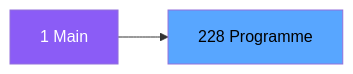
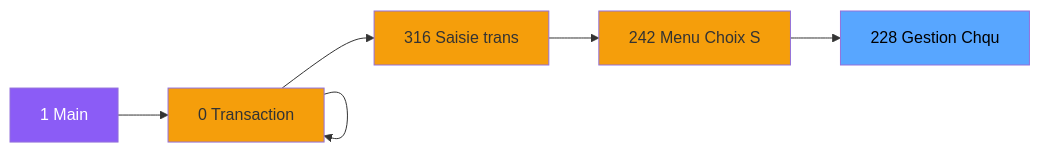
One commit to thonyAGP/magic-migration changed the second of 3 diagrams in .openspec/specs/ADH-IDE-228.md. Above: the diagram before and after it, drawn with Mermaid. The commit also changed other lines of this file and 323 other files, not shown here.

````diff
--- a/.openspec/specs/ADH-IDE-228.md
+++ b/.openspec/specs/ADH-IDE-228.md
@@ -98,8 +105,23 @@
 ```mermaid
 graph LR
     M[1 Main]
-    T[228 Programme]
-    M --> T
+    N0[0 Transaction ]
+    N0[0 Transaction ]
+    N0[0 Transaction ]
+    N316[316 Saisie trans]
+    N242[242 Menu Choix S]
+    T[228 Gestion Chqu]
+    M --> N0
+    N0 --> N0
+    N0 --> N0
+    N0 --> N316
+    N316 --> N242
+    N242 --> T
     style M fill:#8b5cf6,color:#fff
+    style N0 fill:#f59e0b
+    style N0 fill:#f59e0b
+    style N0 fill:#f59e0b
+    style N316 fill:#f59e0b
+    style N242 fill:#f59e0b
     style T fill:#58a6ff,color:#000
 ```
````
